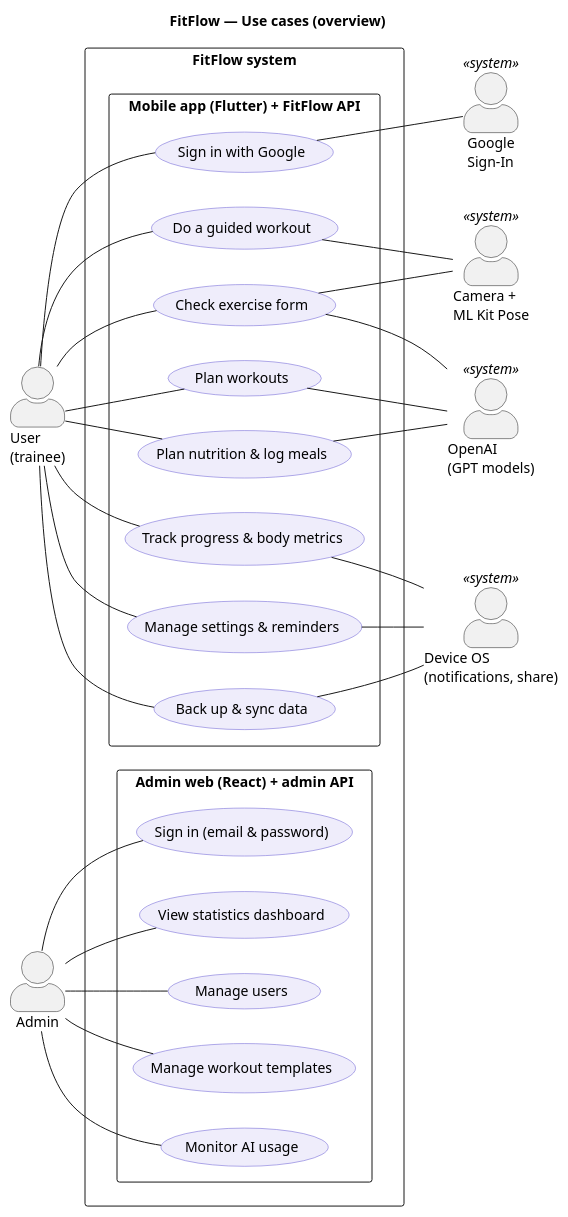
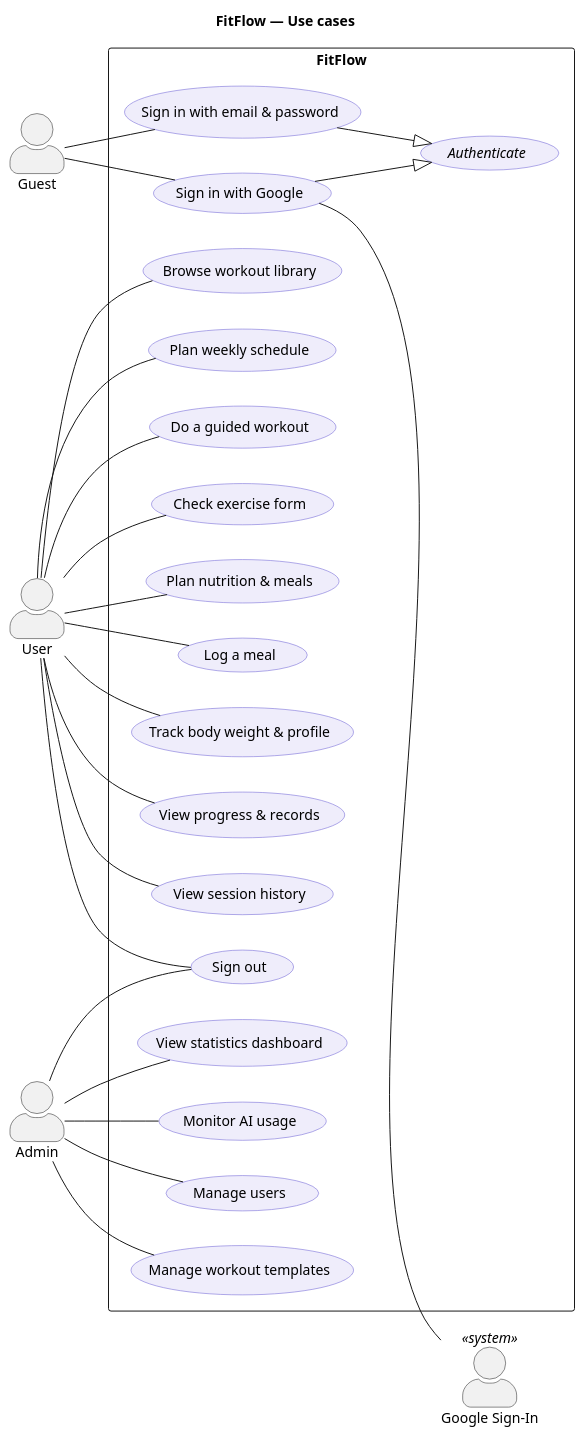
Before and after one commit to PRM-393-G5/fitflow: the diagram in docs/usecase.puml, drawn with PlantUML. The commit also changed other lines of this file and 11 other files, not shown here.

Commit message:
docs: update features list and simplify usecase diagram

```diff
--- a/docs/usecase.puml
+++ b/docs/usecase.puml
@@ -1,57 +1,53 @@
-@startuml fitflow-usecase-overview
-title FitFlow — Use cases (overview)
+@startuml fitflow-use-cases
+title FitFlow — Use cases
 left to right direction
 skinparam packageStyle rectangle
 skinparam actorStyle awesome
 skinparam usecase {
   BackgroundColor #EFEDFB
   BorderColor #6558D3
 }
-actor "User\n(trainee)" as user
+actor "Guest" as guest
+actor "User" as user
 actor "Admin" as admin
-actor "Google\nSign-In" as google <<system>>
-actor "Camera +\nML Kit Pose" as camera <<system>>
-actor "OpenAI\n(GPT models)" as openai <<system>>
-actor "Device OS\n(notifications, share)" as os <<system>>
-rectangle "FitFlow system" {
-  package "Mobile app (Flutter) + FitFlow API" {
-    usecase "Sign in with Google" as o1
-    usecase "Do a guided workout" as o2
-    usecase "Check exercise form" as o3
-    usecase "Plan workouts" as o4
-    usecase "Plan nutrition & log meals" as o5
-    usecase "Track progress & body metrics" as o6
-    usecase "Manage settings & reminders" as o7
-    usecase "Back up & sync data" as o8
-  }
-  package "Admin web (React) + admin API" {
-    usecase "Sign in (email & password)" as a1
-    usecase "View statistics dashboard" as a2
-    usecase "Manage users" as a3
-    usecase "Manage workout templates" as a4
-    usecase "Monitor AI usage" as a5
-  }
+actor "Google Sign-In" as google <<system>>
+rectangle "FitFlow" {
+  usecase "Sign in with email & password" as a3
+  usecase "Sign in with Google" as a1
+  usecase "//Authenticate//" as au
+  usecase "Browse workout library" as m3
+  usecase "Plan weekly schedule" as m2
+  usecase "Do a guided workout" as m4
+  usecase "Check exercise form" as m5
+  usecase "Plan nutrition & meals" as m6
+  usecase "Log a meal" as m7
+  usecase "Track body weight & profile" as m8
+  usecase "View progress & records" as m9
+  usecase "View session history" as m10
+  usecase "Sign out" as a2
+  usecase "View statistics dashboard" as d1
+  usecase "Monitor AI usage" as d2
+  usecase "Manage users" as d3
+  usecase "Manage workout templates" as d4
 }
-user -- o1
-user -- o2
-user -- o3
-user -- o4
-user -- o5
-user -- o6
-user -- o7
-user -- o8
-admin -- a1
+guest -- a3
+guest -- a1
+user -- m3
+user -- m2
+user -- m4
+user -- m5
+user -- m6
+user -- m7
+user -- m8
+user -- m9
+user -- m10
+user -- a2
 admin -- a2
-admin -- a3
-admin -- a4
-admin -- a5
-o1 -- google
-o2 -- camera
-o3 -- camera
-o3 -- openai
-o4 -- openai
-o5 -- openai
-o6 -- os
-o7 -- os
-o8 -- os
+admin -- d1
+admin -- d2
+admin -- d3
+admin -- d4
+a3 --|> au
+a1 --|> au
+a1 -- google
 @enduml
```
